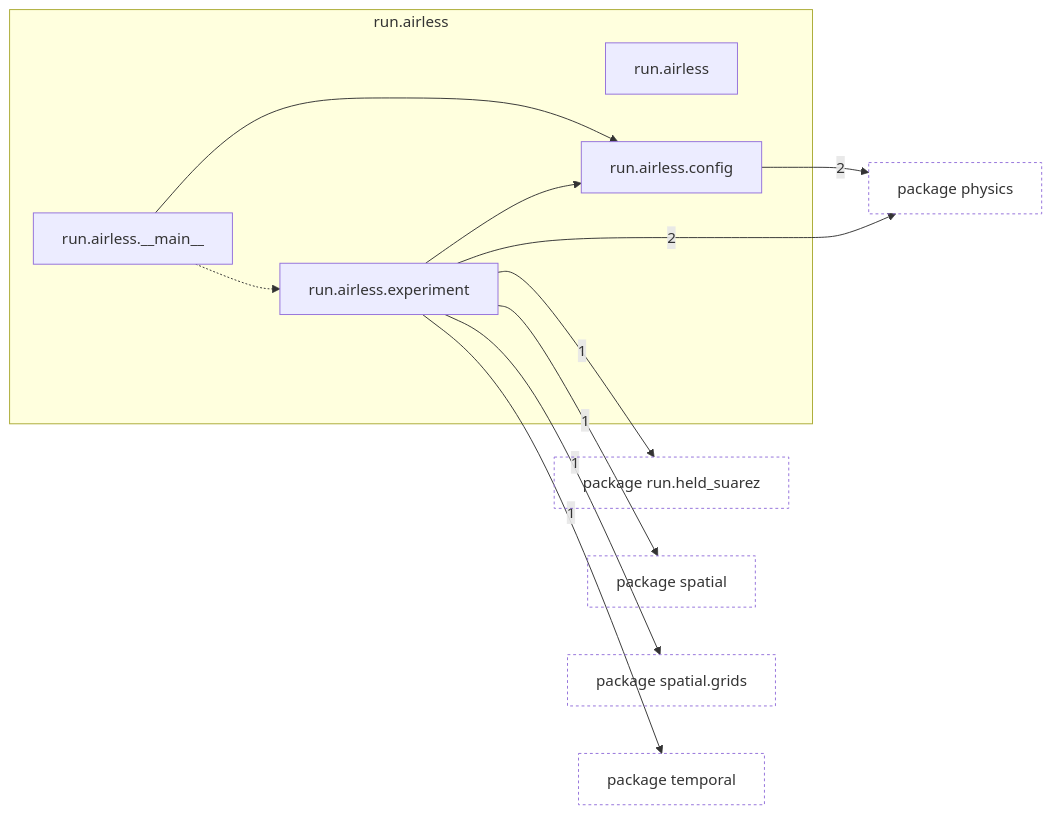
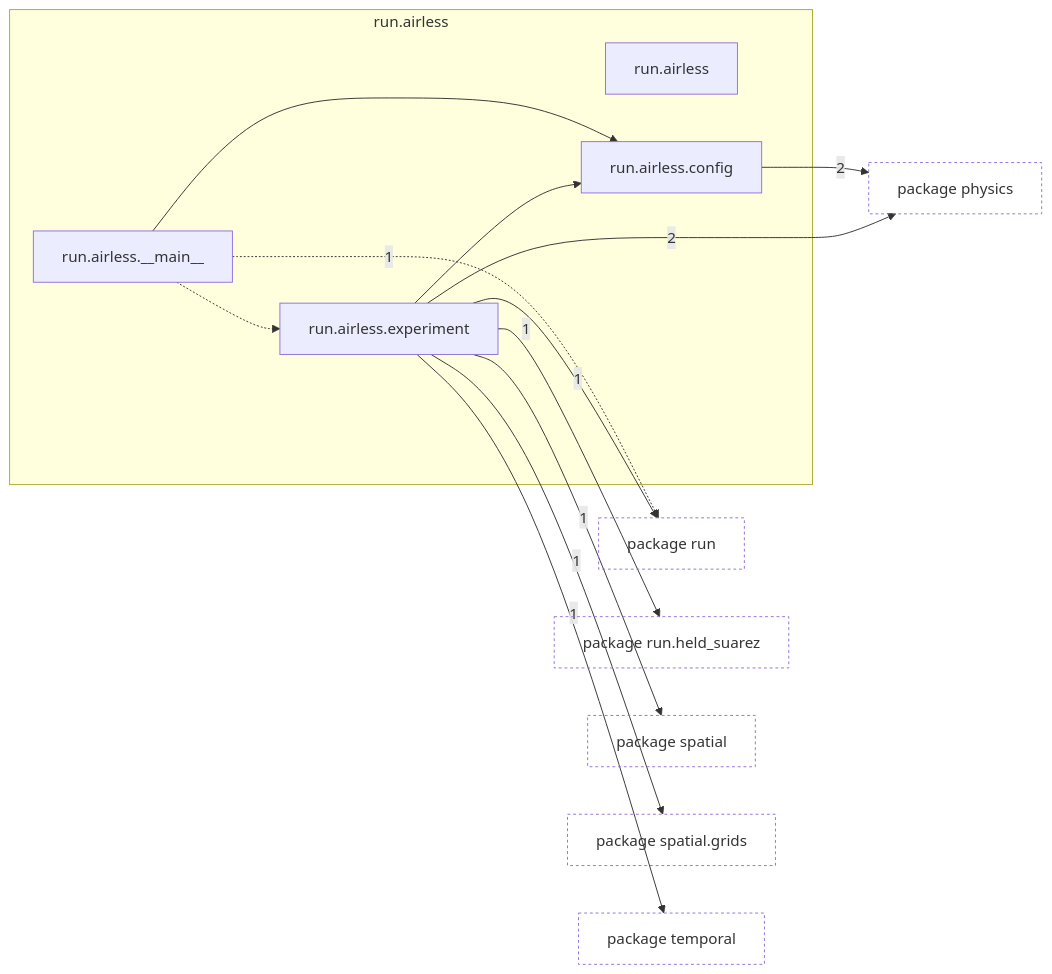
One commit to AlexandreEros/Palintropos changed the first of 2 diagrams in docs/architecture/current/packages/tropoi.run.airless.md. Above: the diagram before and after it, drawn with Mermaid. The commit also changed 26 other files, not shown here.

````diff
--- a/docs/architecture/current/packages/tropoi.run.airless.md
+++ b/docs/architecture/current/packages/tropoi.run.airless.md
@@ -20,31 +20,35 @@
 ```mermaid
 %% Generated by tools.architecture 2.3.0. Do not edit by hand.
 %% Modules of tropoi.run.airless with imports in and out
 flowchart LR
     subgraph g_tropoi_orun_oairless["run.airless"]
         n_tropoi_orun_oairless["run.airless"]
         n_tropoi_orun_oairless_o____main____["run.airless.#95;#95;main#95;#95;"]
         n_tropoi_orun_oairless_oconfig["run.airless.config"]
         n_tropoi_orun_oairless_oexperiment["run.airless.experiment"]
     end
     p_tropoi_ophysics["package physics"]
+    p_tropoi_orun["package run"]
     p_tropoi_orun_oheld__suarez["package run.held#95;suarez"]
     p_tropoi_ospatial["package spatial"]
     p_tropoi_ospatial_ogrids["package spatial.grids"]
     p_tropoi_otemporal["package temporal"]
     n_tropoi_orun_oairless_o____main____ --> n_tropoi_orun_oairless_oconfig
     n_tropoi_orun_oairless_o____main____ -.-> n_tropoi_orun_oairless_oexperiment
     n_tropoi_orun_oairless_oexperiment --> n_tropoi_orun_oairless_oconfig
+    n_tropoi_orun_oairless_o____main____ -.->|1| p_tropoi_orun
     n_tropoi_orun_oairless_oconfig -->|2| p_tropoi_ophysics
     n_tropoi_orun_oairless_oexperiment -->|2| p_tropoi_ophysics
+    n_tropoi_orun_oairless_oexperiment -->|1| p_tropoi_orun
     n_tropoi_orun_oairless_oexperiment -->|1| p_tropoi_orun_oheld__suarez
     n_tropoi_orun_oairless_oexperiment -->|1| p_tropoi_ospatial
     n_tropoi_orun_oairless_oexperiment -->|1| p_tropoi_ospatial_ogrids
     n_tropoi_orun_oairless_oexperiment -->|1| p_tropoi_otemporal
     classDef other fill:none,stroke-dasharray:3 3
     class p_tropoi_ophysics other
+    class p_tropoi_orun other
     class p_tropoi_orun_oheld__suarez other
     class p_tropoi_ospatial other
     class p_tropoi_ospatial_ogrids other
     class p_tropoi_otemporal other
 ```
````
